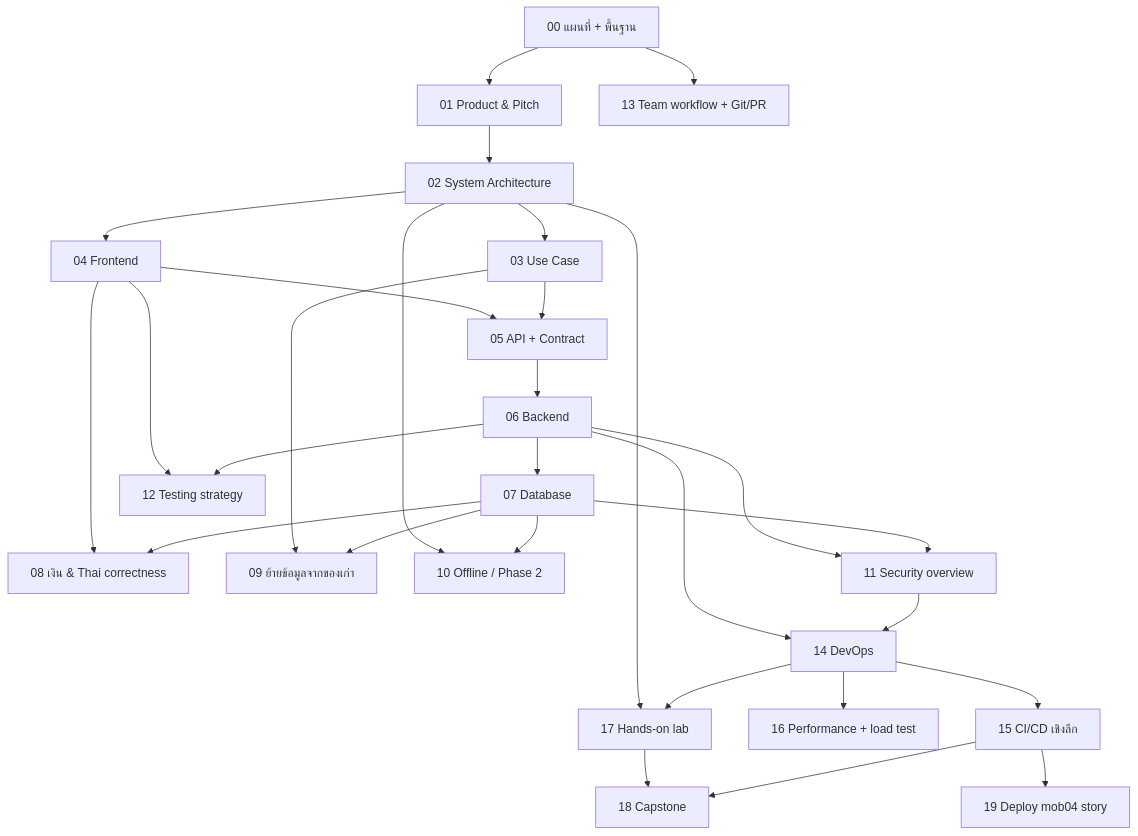
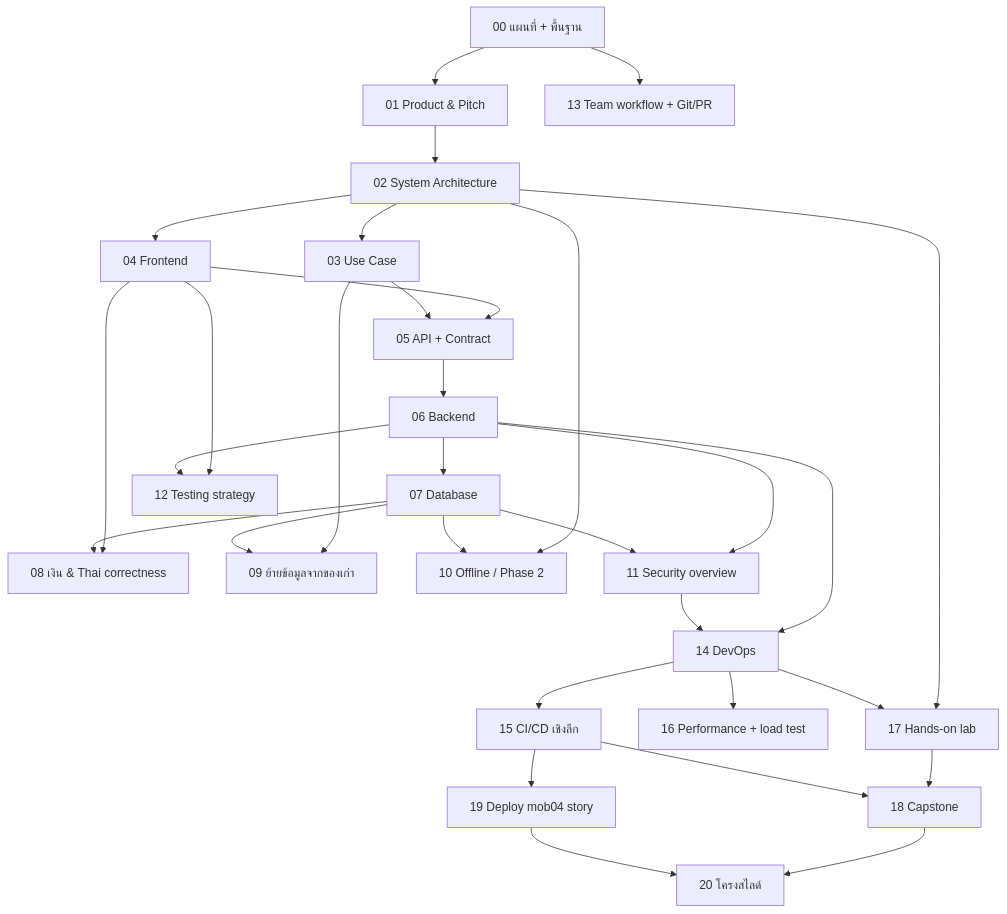
Before and after one commit to NuimanLP/srisurart-pos-flutter: the diagram in docs/study/00_index.md, drawn with Mermaid. The commit also changed other lines of this file and 20 other files, not shown here.

````diff
--- a/docs/study/00_index.md
+++ b/docs/study/00_index.md
@@ -108,31 +126,33 @@
 ```mermaid
 flowchart TD
     A["00 แผนที่ + พื้นฐาน"] --> P["01 Product & Pitch"]
     P --> B["02 System Architecture"]
     B --> C["03 Use Case"]
     B --> D["04 Frontend"]
     D --> API["05 API + Contract"]
     C --> API
     API --> E["06 Backend"]
     E --> F["07 Database"]
     D --> MONEY["08 เงิน & Thai correctness"]
     F --> MONEY
     C --> MIG["09 ย้ายข้อมูลจากของเก่า"]
     F --> MIG
     B --> G["10 Offline / Phase 2"]
     F --> G
     E --> SEC["11 Security overview"]
     F --> SEC
     D --> TEST["12 Testing strategy"]
     E --> TEST
     A --> TEAM["13 Team workflow + Git/PR"]
     E --> H["14 DevOps"]
     SEC --> H
     H --> I["15 CI/CD เชิงลึก"]
     H --> PERF["16 Performance + load test"]
     B --> LAB["17 Hands-on lab"]
     H --> LAB
     LAB --> CAP["18 Capstone"]
     I --> CAP
     I --> DEP["19 Deploy mob04 story"]
+    CAP --> SLIDE["20 โครงสไลด์"]
+    DEP --> SLIDE
 ```
````
